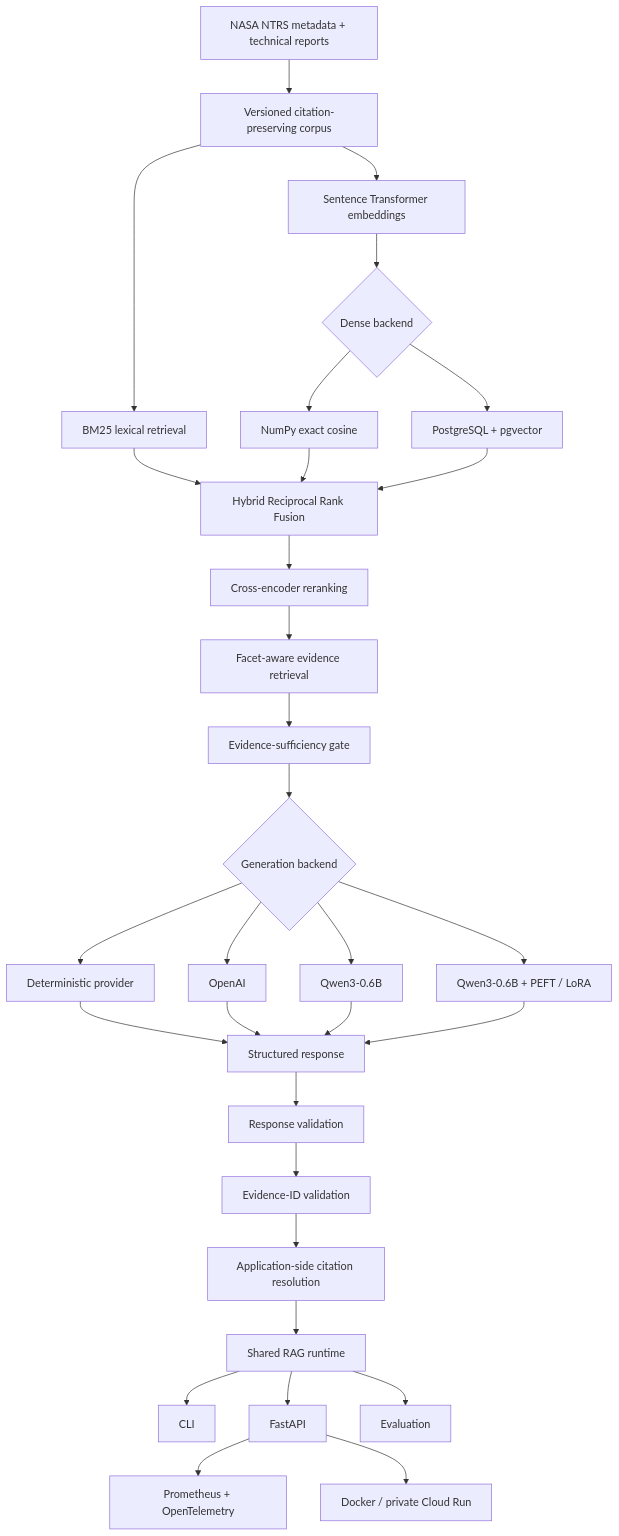
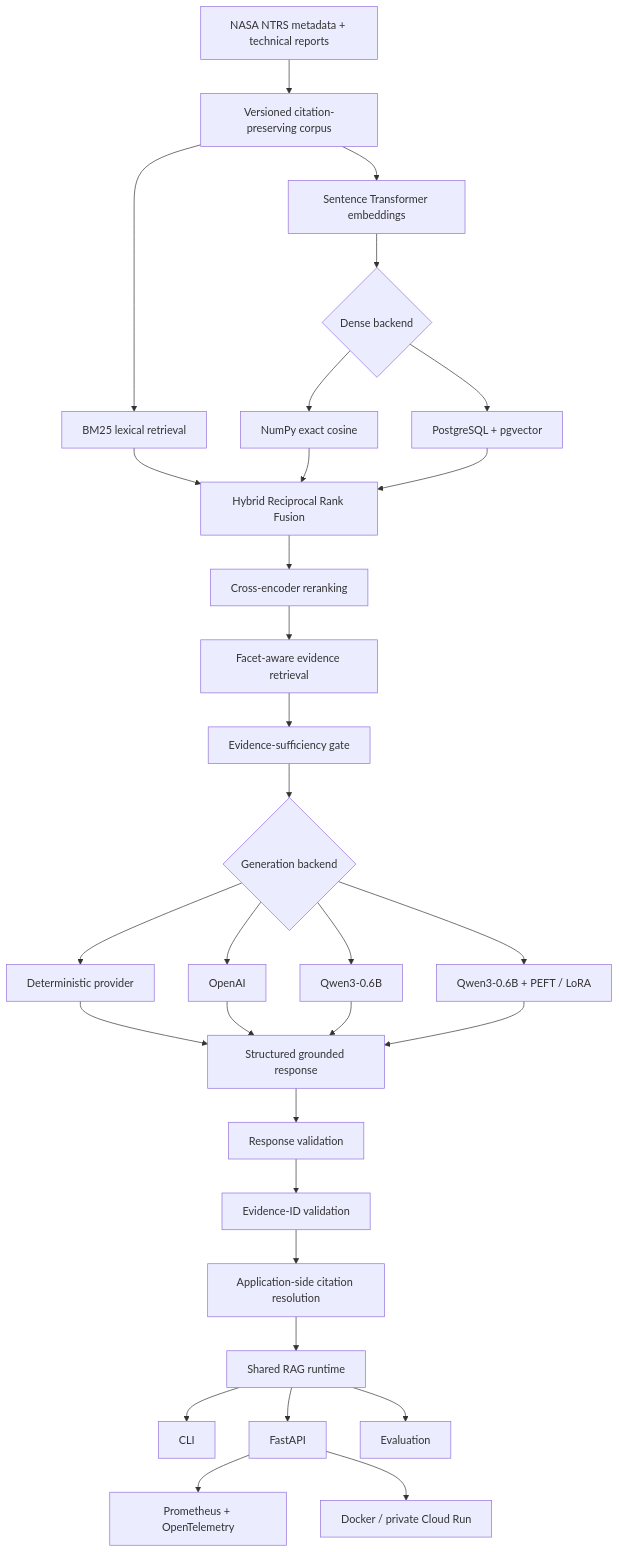
Before and after one commit to triasha72/AeroRAG-X: the diagram in README.md, drawn with Mermaid. The commit also changed other lines of this file and 1 other file, not shown here.

Commit message:
docs: finalize four-way findings and semantic evaluation roadmap

````diff
--- a/README.md
+++ b/README.md
@@ -29,44 +21,44 @@
 ```mermaid
 flowchart TD
     A["NASA NTRS metadata + technical reports"] --> B["Versioned citation-preserving corpus"]
 
     B --> C["BM25 lexical retrieval"]
     B --> D["Sentence Transformer embeddings"]
 
     D --> E{"Dense backend"}
     E --> F["NumPy exact cosine"]
     E --> G["PostgreSQL + pgvector"]
 
     C --> H["Hybrid Reciprocal Rank Fusion"]
     F --> H
     G --> H
 
     H --> I["Cross-encoder reranking"]
     I --> J["Facet-aware evidence retrieval"]
     J --> K["Evidence-sufficiency gate"]
 
     K --> L{"Generation backend"}
 
     L --> M["Deterministic provider"]
     L --> N["OpenAI"]
     L --> O["Qwen3-0.6B"]
     L --> P["Qwen3-0.6B + PEFT / LoRA"]
 
-    M --> Q["Structured response"]
+    M --> Q["Structured grounded response"]
     N --> Q
     O --> Q
     P --> Q
 
     Q --> R["Response validation"]
     R --> S["Evidence-ID validation"]
     S --> T["Application-side citation resolution"]
 
     T --> U["Shared RAG runtime"]
 
     U --> V["CLI"]
     U --> W["FastAPI"]
     U --> X["Evaluation"]
 
     W --> Y["Prometheus + OpenTelemetry"]
     W --> Z["Docker / private Cloud Run"]
 ```
````
